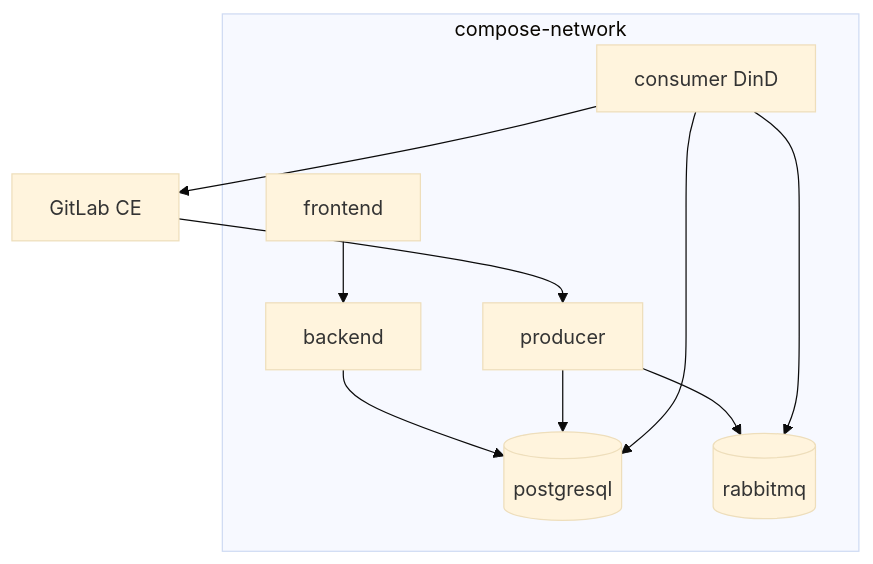
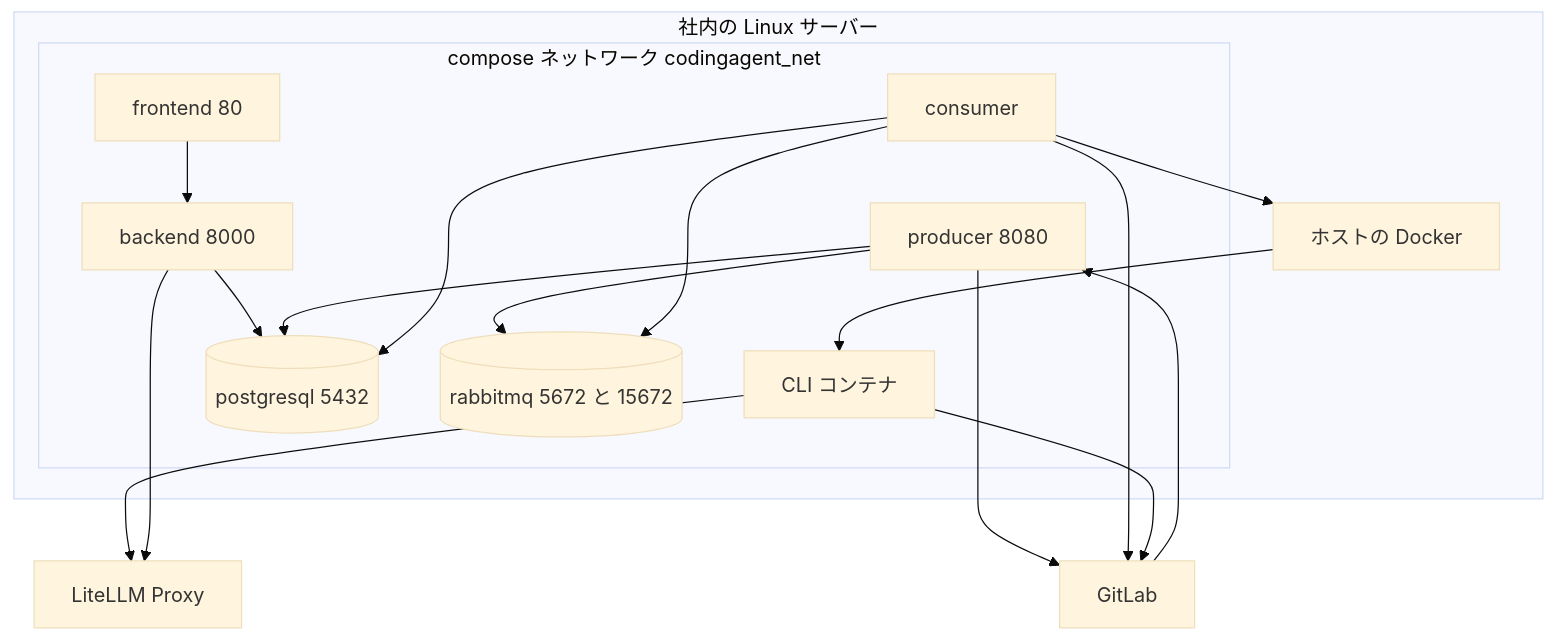
One commit to notfolder/CodingAgentAutomata changed the second of 14 diagrams in docs/detail_design.md. Above: the diagram before and after it, drawn with Mermaid (base theme). The commit also changed other lines of this file and 15 other files, not shown here.

````diff
--- a/docs/detail_design.md
+++ b/docs/detail_design.md
@@ -78,20 +129,31 @@
 ```mermaid
 graph TB
-  subgraph compose-network
-    FE[frontend]
-    BK[backend]
-    PR[producer]
-    CS[consumer DinD]
-    DB[(postgresql)]
-    MQ[(rabbitmq)]
+  subgraph host[社内の Linux サーバー]
+    subgraph net[compose ネットワーク codingagent_net]
+      FE[frontend 80]
+      BK[backend 8000]
+      PR[producer 8080]
+      CS[consumer]
+      CL[CLI コンテナ]
+      DB[(postgresql 5432)]
+      MQ[(rabbitmq 5672 と 15672)]
+    end
+    SOCK[ホストの Docker]
   end
-
-  GL[GitLab CE] --> PR
+  GL[GitLab]
+  LL[LiteLLM Proxy]
+  GL --> PR
+  PR --> GL
+  CS --> GL
+  CS --> SOCK
+  SOCK --> CL
+  CL --> GL
+  CL --> LL
+  BK --> LL
   FE --> BK
   BK --> DB
   PR --> DB
   PR --> MQ
   CS --> MQ
   CS --> DB
-  CS --> GL
 ```
````
